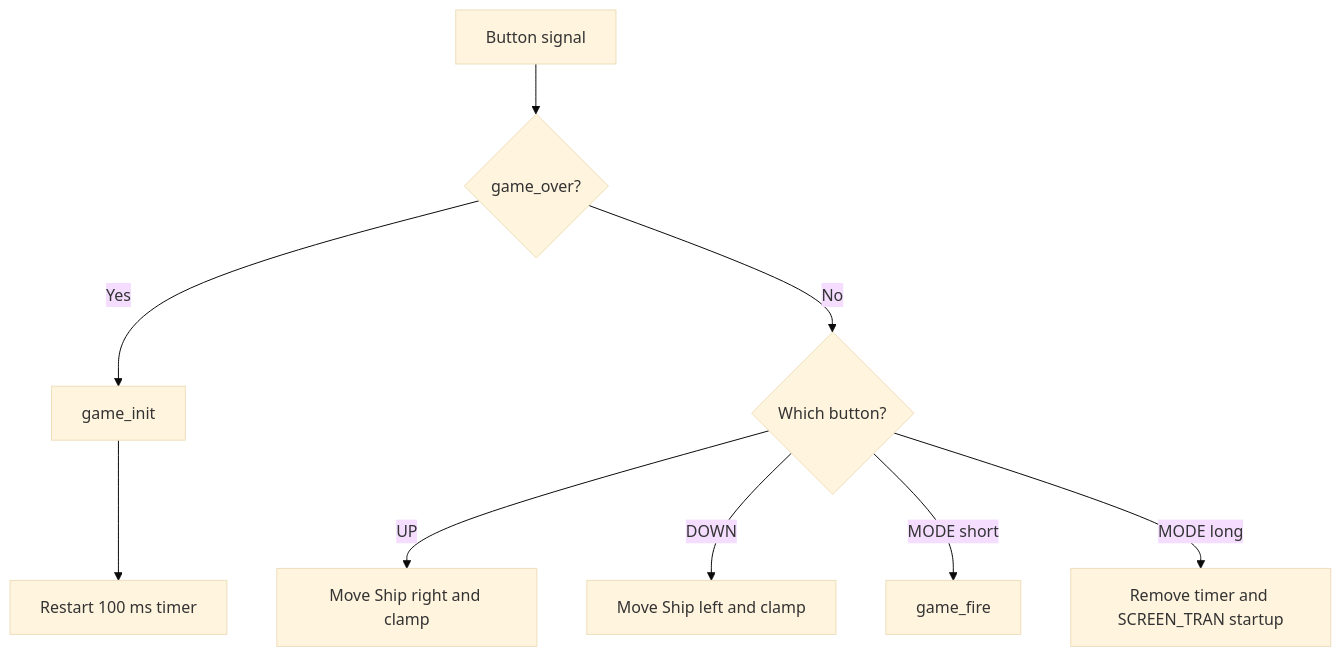
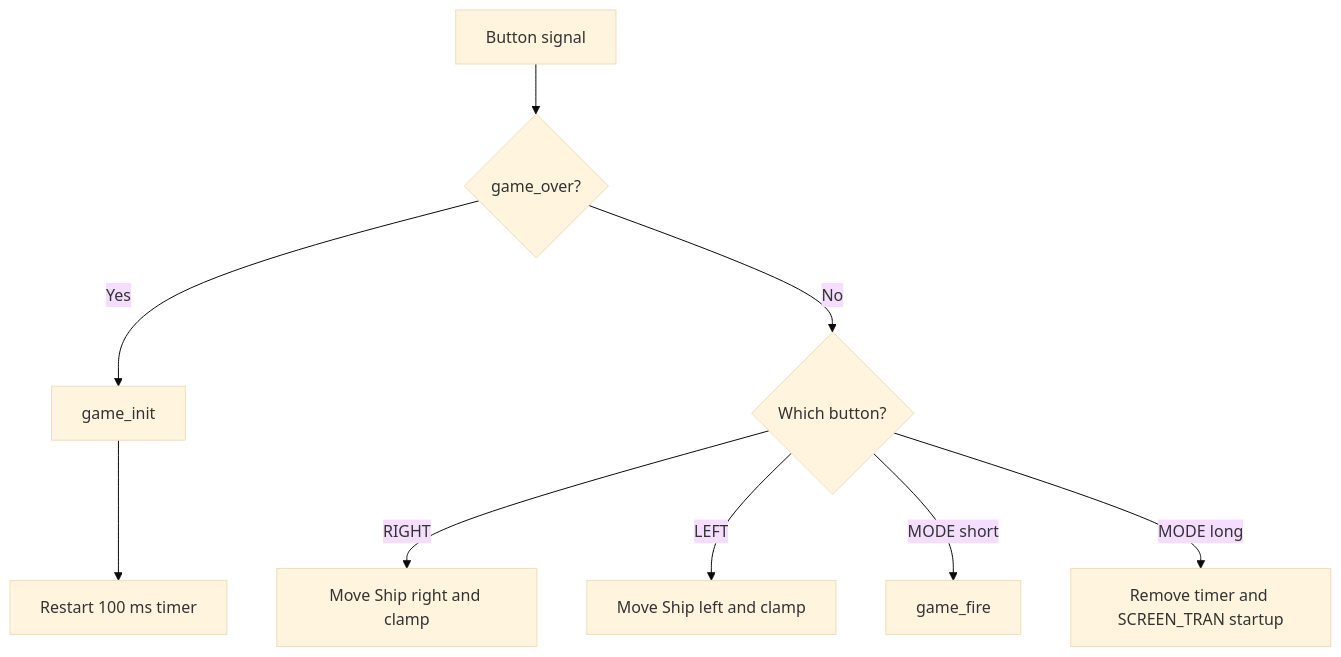
The fourth of 14 diagrams in docs/03-design-sequence-runtime.md (letuandat269/Bug_Storm), drawn with Mermaid (base theme) before and after one commit. The commit also changed other lines of this file and 4 other files, not shown here.

````diff
--- a/docs/03-design-sequence-runtime.md
+++ b/docs/03-design-sequence-runtime.md
@@ -132,11 +132,11 @@
 ```mermaid
 flowchart TD
     B[Button signal] --> O{game_over?}
     O -- Yes --> I[game_init]
     I --> T[Restart 100 ms timer]
     O -- No --> K{Which button?}
-    K -- UP --> R[Move Ship right and clamp]
-    K -- DOWN --> L[Move Ship left and clamp]
+    K -- RIGHT --> R[Move Ship right and clamp]
+    K -- LEFT --> L[Move Ship left and clamp]
     K -- MODE short --> F[game_fire]
     K -- MODE long --> X[Remove timer and SCREEN_TRAN startup]
 ```
````
